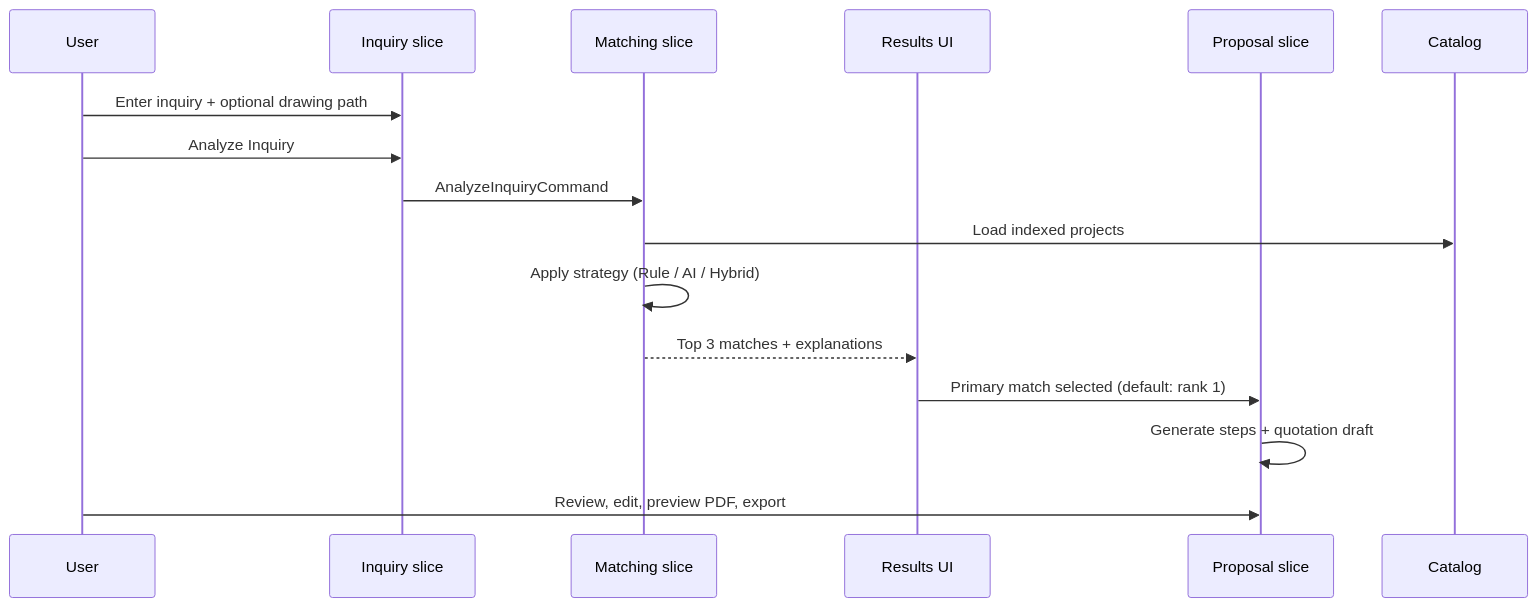
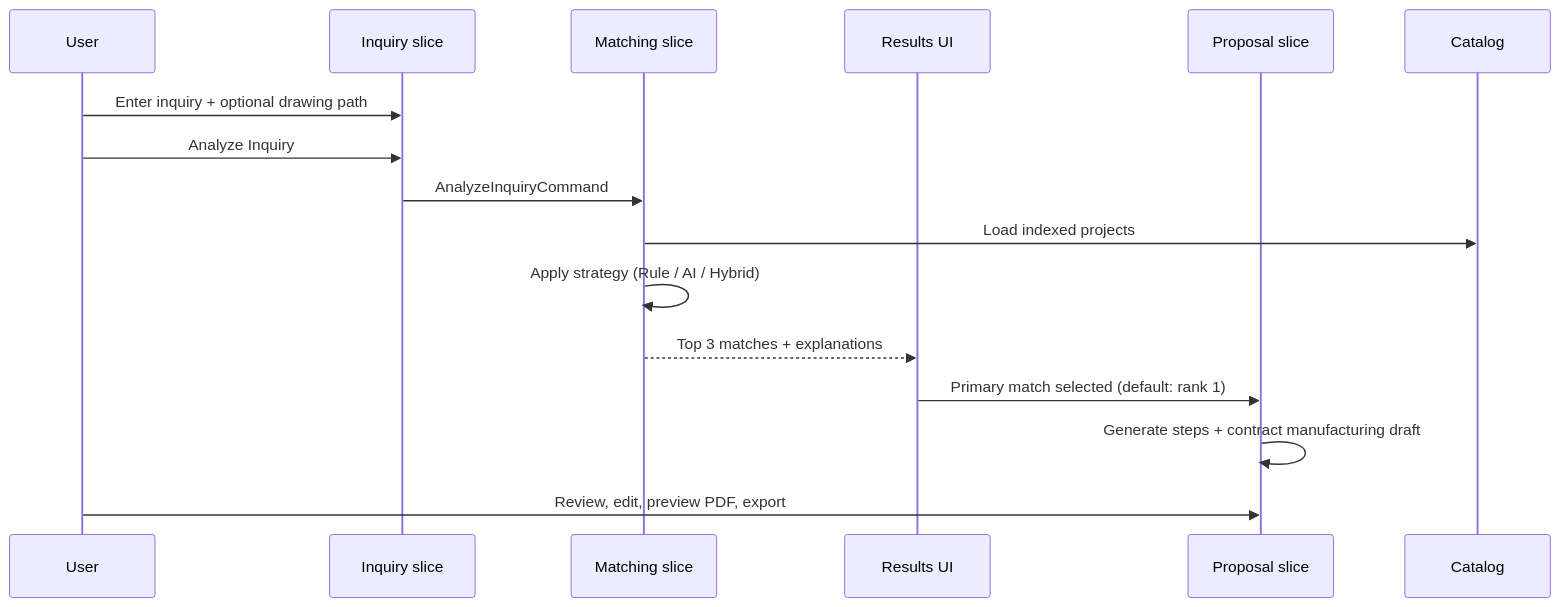
Before and after one commit to HeckelRobert/contract-manufacturing-assistant: the third of 4 diagrams in docs/architecture.md, drawn with Mermaid. The commit also changed other lines of this file and 19 other files, not shown here.

````diff
--- a/docs/architecture.md
+++ b/docs/architecture.md
@@ -121,19 +121,19 @@
 ```mermaid
 sequenceDiagram
   participant U as User
   participant I as Inquiry slice
   participant M as Matching slice
   participant R as Results UI
   participant P as Proposal slice
   participant C as Catalog
 
   U->>I: Enter inquiry + optional drawing path
   U->>I: Analyze Inquiry
   I->>M: AnalyzeInquiryCommand
   M->>C: Load indexed projects
   M->>M: Apply strategy (Rule / AI / Hybrid)
   M-->>R: Top 3 matches + explanations
   R->>P: Primary match selected (default: rank 1)
-  P->>P: Generate steps + quotation draft
+  P->>P: Generate steps + contract manufacturing draft
   U->>P: Review, edit, preview PDF, export
 ```
````
